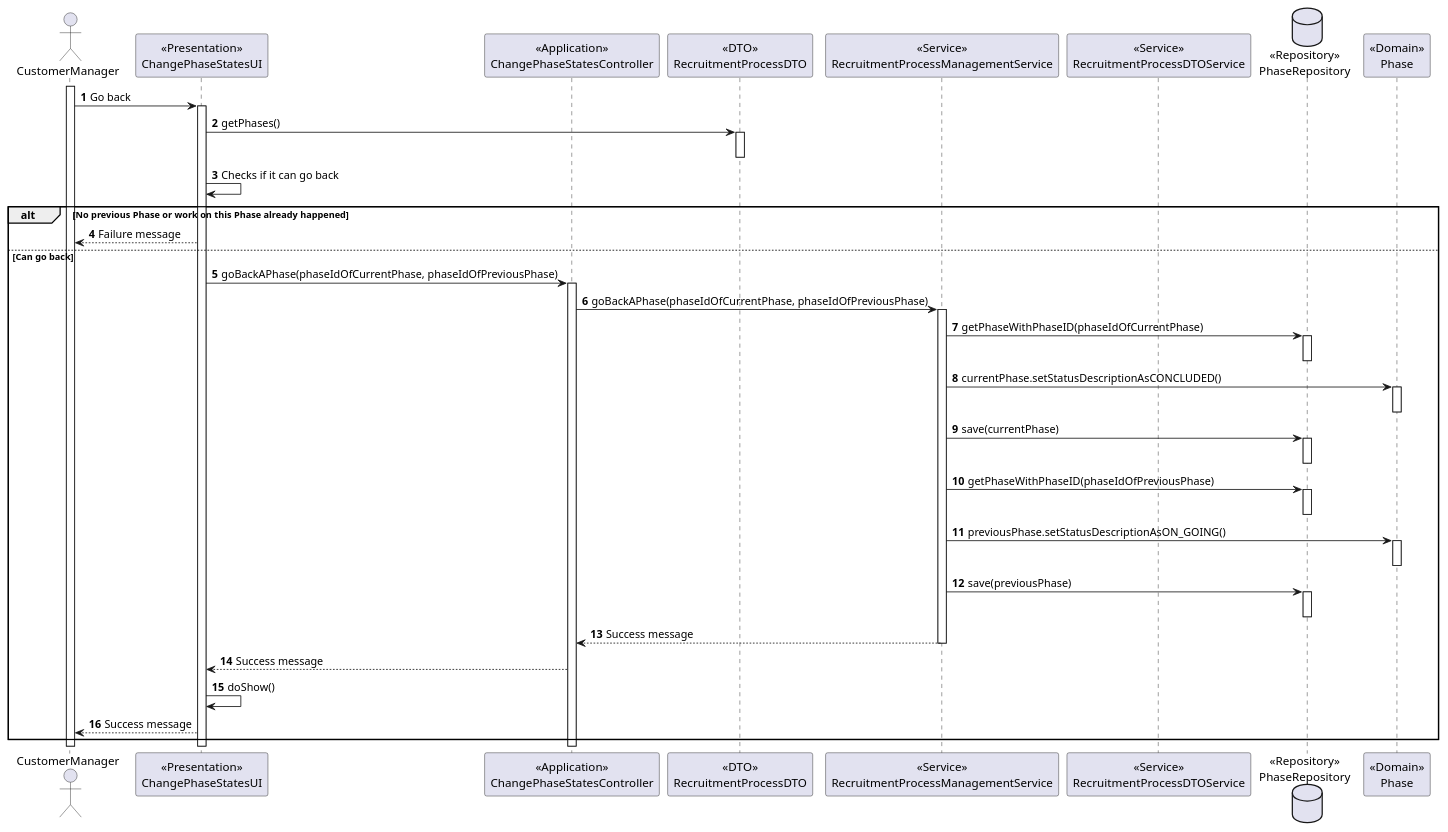
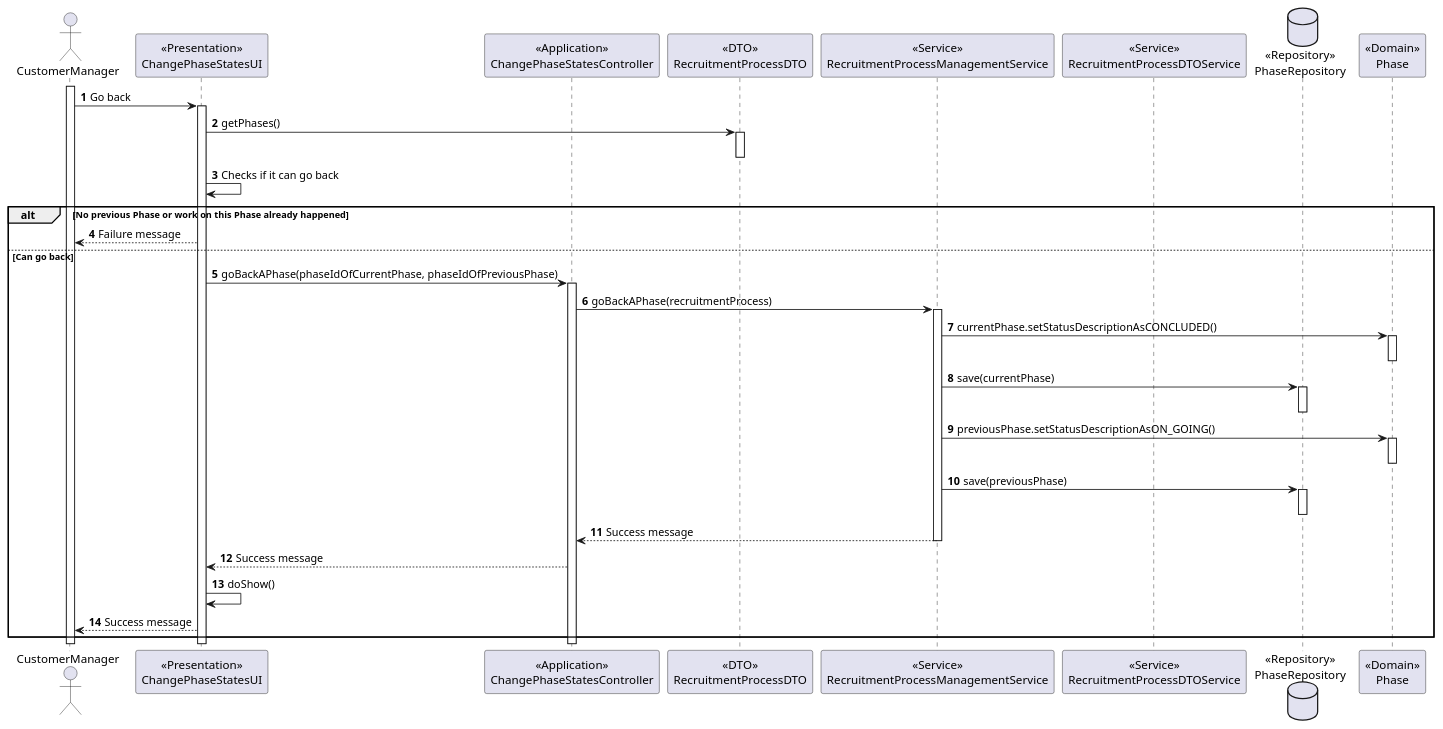
One commit to rita-barbosa/LAPR4-2324 changed the diagram in docs/sprint-c/us_1010/Sequence Diagram/US1010_Go_Back_Scenario_Sequence_Diagram.puml. Above: the diagram before and after it, drawn with PlantUML. The commit also changed 1 other file, not shown here.

Commit message:
docs: Updated the Sequence Diagram for the scenario where the user is allowed to go back a phase
[#129]

```diff
--- a/docs/sprint-c/us_1010/Sequence Diagram/US1010_Go_Back_Scenario_Sequence_Diagram.puml
+++ b/docs/sprint-c/us_1010/Sequence Diagram/US1010_Go_Back_Scenario_Sequence_Diagram.puml
@@ -1,91 +1,79 @@
 @startuml
 'https://plantuml.com/sequence-diagram
 
 autonumber
 
 Actor "CustomerManager" as CM
 Participant "<<Presentation>>\nChangePhaseStatesUI" as UI
 Participant "<<Application>>\nChangePhaseStatesController" as CTRL
 Participant "<<DTO>>\nRecruitmentProcessDTO" as RPDTO
 Participant "<<Service>>\nRecruitmentProcessManagementService" as RPS
 Participant "<<Service>>\nRecruitmentProcessDTOService" as RPDTOS
 Database "<<Repository>>\nPhaseRepository" as PREPO
 Participant "<<Domain>>\nPhase" as P
 
 Activate CM
 
 CM -> UI : Go back
 
 Activate UI
 
     UI -> RPDTO : getPhases()
 
     Activate RPDTO
 
     Deactivate RPDTO
 
     UI -> UI : Checks if it can go back
 
     alt No previous Phase or work on this Phase already happened
 
         UI --> CM : Failure message
 
     else Can go back
 
         UI -> CTRL : goBackAPhase(phaseIdOfCurrentPhase, phaseIdOfPreviousPhase)
 
             Activate CTRL
 
-                CTRL -> RPS : goBackAPhase(phaseIdOfCurrentPhase, phaseIdOfPreviousPhase)
+                CTRL -> RPS : goBackAPhase(recruitmentProcess)
 
                 Activate RPS
-
-                    RPS -> PREPO : getPhaseWithPhaseID(phaseIdOfCurrentPhase)
-
-                    Activate PREPO
-
-                    Deactivate PREPO
 
                     RPS -> P : currentPhase.setStatusDescriptionAsCONCLUDED()
 
                     Activate P
 
                     Deactivate P
 
                     RPS -> PREPO : save(currentPhase)
-
-                    Activate PREPO
-
-                    Deactivate PREPO
-
-                    RPS -> PREPO : getPhaseWithPhaseID(phaseIdOfPreviousPhase)
 
                     Activate PREPO
 
                     Deactivate PREPO
 
                     RPS -> P : previousPhase.setStatusDescriptionAsON_GOING()
 
                     Activate P
 
                     Deactivate P
 
                     RPS -> PREPO : save(previousPhase)
 
                     Activate PREPO
 
                     Deactivate PREPO
 
                     RPS --> CTRL : Success message
 
                 Deactivate RPS
 
                 CTRL --> UI : Success message
 
         UI -> UI : doShow()
 
         UI --> CM : Success message
 
     end
 
 @enduml
```
